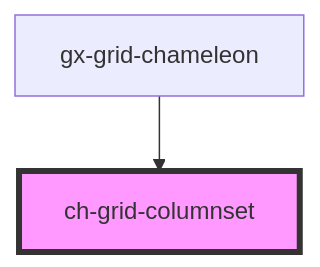
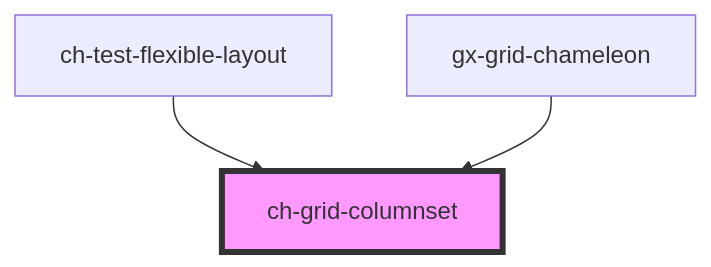
The diagram in src/components/grid/grid-columnset/readme.md (genexuslabs/chameleon-controls-library), drawn with Mermaid before and after one commit. The commit also changed other lines of this file and 7 other files, not shown here.

````diff
--- a/src/components/grid/grid-columnset/readme.md
+++ b/src/components/grid/grid-columnset/readme.md
@@ -17,5 +18,6 @@
 ```mermaid
 graph TD;
+  ch-test-flexible-layout --> ch-grid-columnset
   gx-grid-chameleon --> ch-grid-columnset
   style ch-grid-columnset fill:#f9f,stroke:#333,stroke-width:4px
 ```
````
